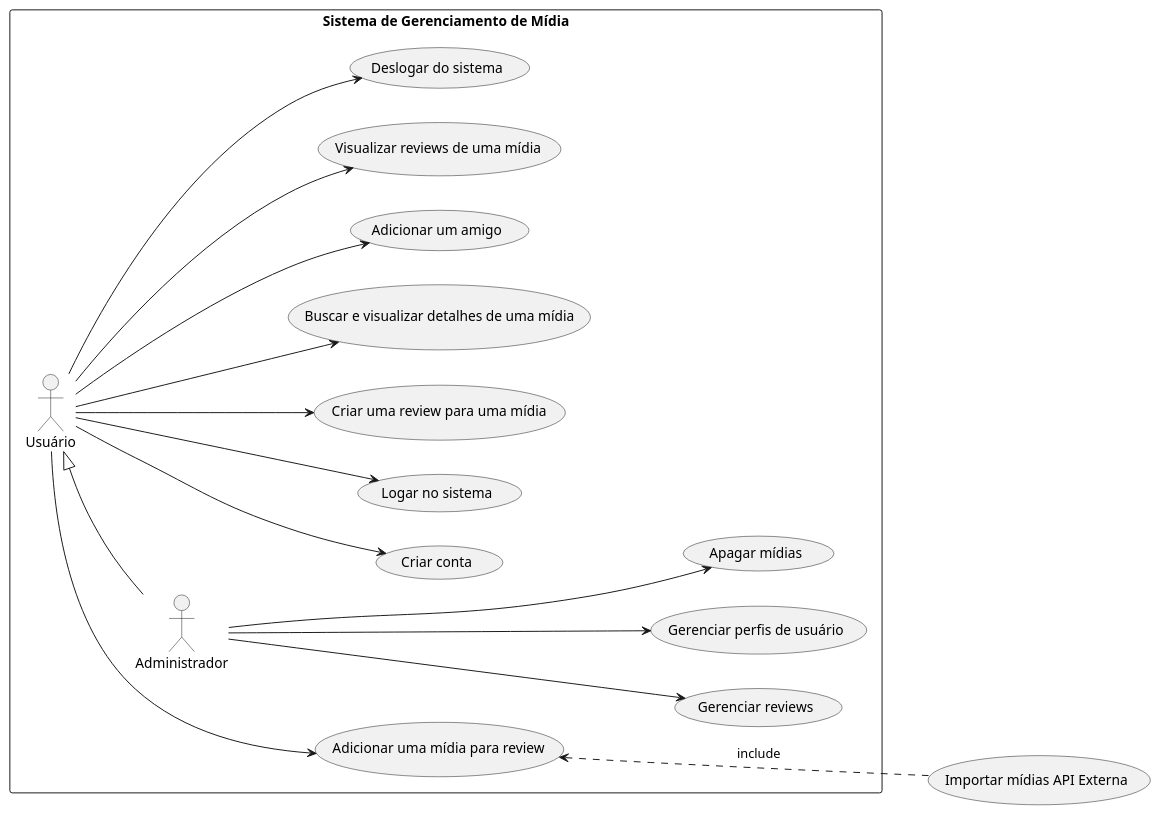
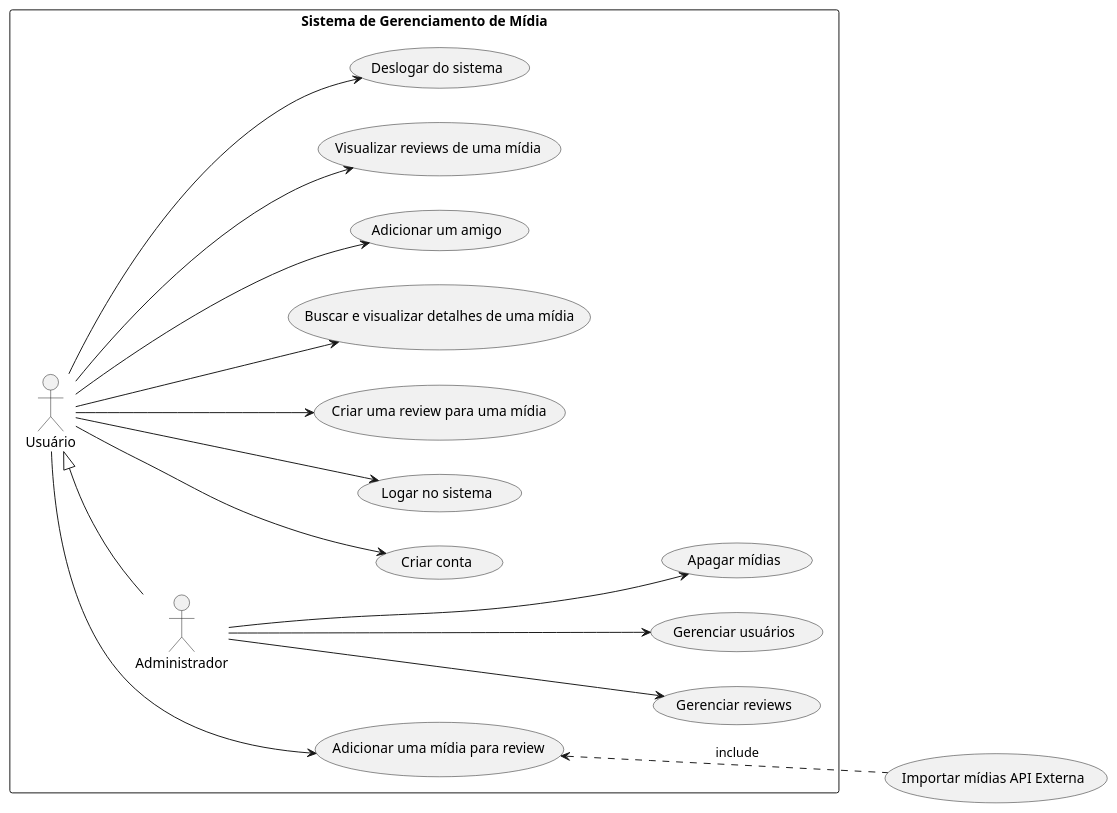
One commit to rogerpcto/DevWebAvancado-UFF changed the diagram in casosDeUso.plantuml. Above: the diagram before and after it, drawn with PlantUML.

Commit message:
Correção uso de caso

```diff
--- a/casosDeUso.plantuml
+++ b/casosDeUso.plantuml
@@ -1,39 +1,39 @@
 @startuml useCases
 left to right direction
 
 
 rectangle "Sistema de Gerenciamento de Mídia" {
     actor "Usuário" as usuario
     actor "Administrador" as admin
     usecase "Criar conta" as UC1
     usecase "Logar no sistema" as UC2
     usecase "Adicionar uma mídia para review" as UC3
     usecase "Criar uma review para uma mídia" as UC4
     usecase "Buscar e visualizar detalhes de uma mídia" as UC5
     usecase "Adicionar um amigo" as UC6
     usecase "Visualizar reviews de uma mídia" as UC7
     usecase "Deslogar do sistema" as UC8
-    usecase "Gerenciar perfis de usuário" as UC9
+    usecase "Gerenciar usuários" as UC9
     usecase "Apagar mídias" as UC10
     usecase "Gerenciar reviews" as UC11
 }
 
 usecase "Importar mídias API Externa" as UC13
 
 usuario ---> UC1
 usuario ---> UC2
 usuario ---> UC3
 usuario ---> UC4
 usuario ---> UC5
 usuario ---> UC6
 usuario ---> UC7
 usuario ---> UC8
 
 admin ---> UC9
 admin ---> UC10
 admin ---> UC11
 usuario <|-- admin
 
 UC3 <... UC13 : include
 
 @enduml
```
